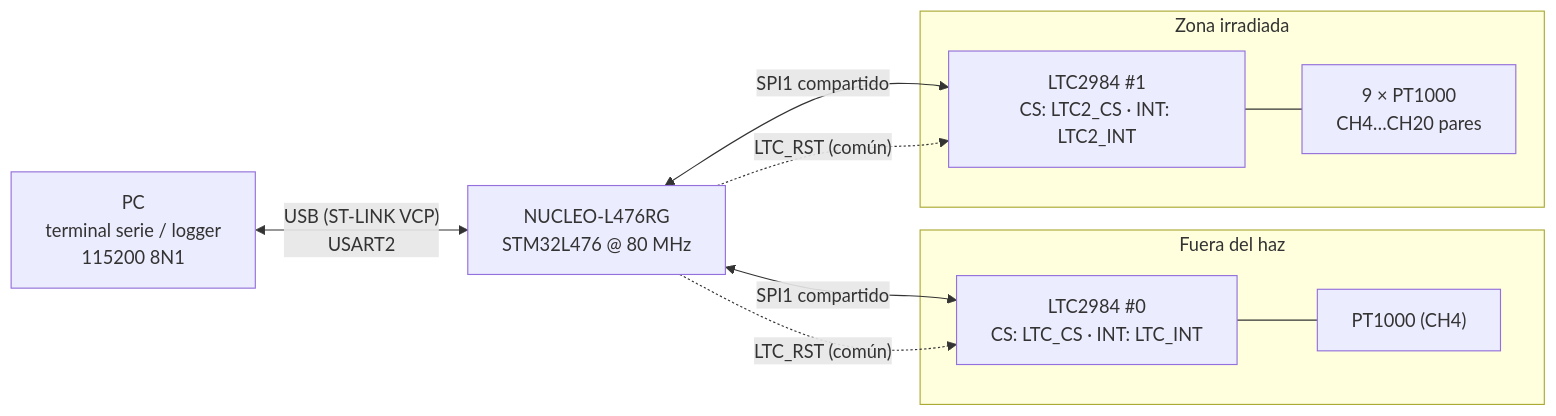
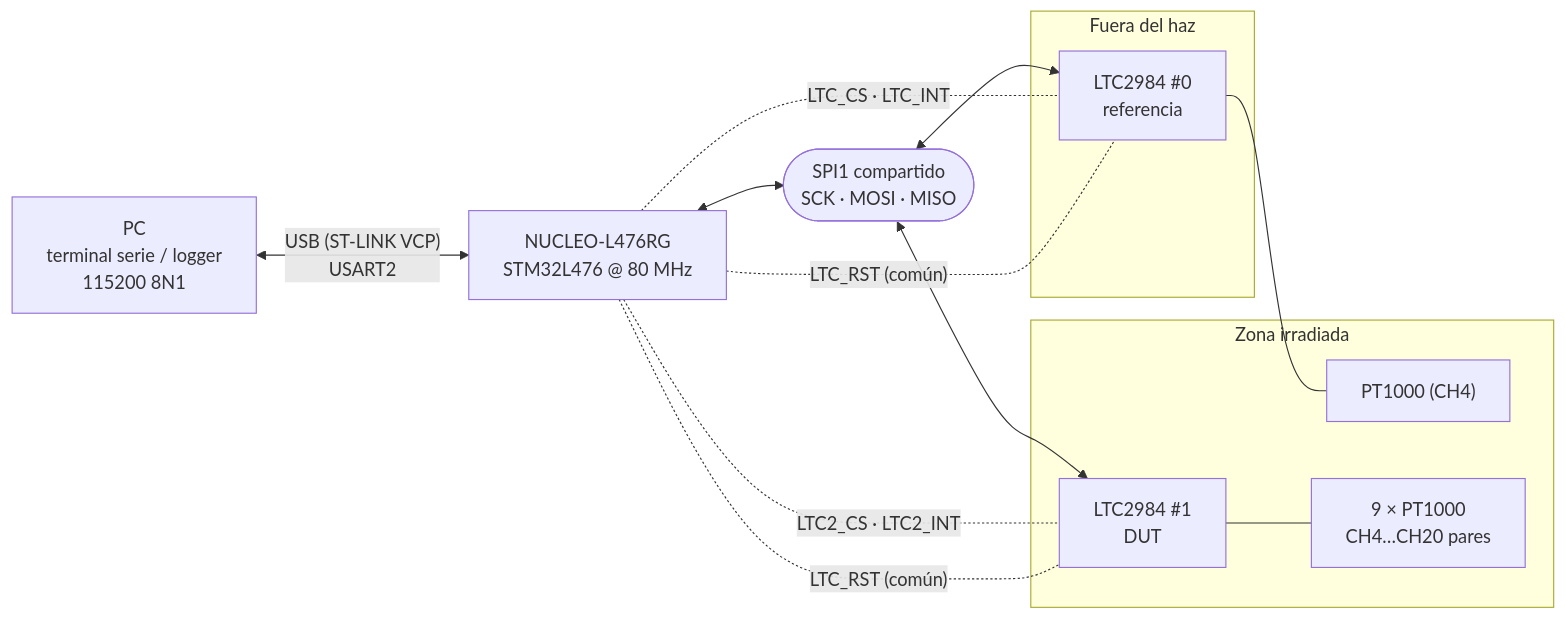
The first of 2 diagrams in README.md (VicenteLizana/PT1000), drawn with Mermaid before and after one commit. The commit also changed other lines of this file, not shown here.

Commit message:
Corregir diagrama de hardware del README
- PT1000 del chip de referencia (CH4) movido a la zona irradiada;
  el LTC2984 #0 queda fuera del haz.
- Bus SPI1 (SCK, MOSI, MISO) dibujado como bloque propio; CS e INT
  por chip y RST común como líneas separadas.
- Tabla inicial aclara que el sensor de referencia está en el haz.

````diff
--- a/README.md
+++ b/README.md
@@ -27,20 +27,24 @@
 ```mermaid
 flowchart LR
     PC["PC<br/>terminal serie / logger<br/>115200 8N1"]
     MCU["NUCLEO-L476RG<br/>STM32L476 @ 80 MHz"]
+    BUS(["SPI1 compartido<br/>SCK · MOSI · MISO"])
     subgraph REF["Fuera del haz"]
-        C0["LTC2984 #0<br/>CS: LTC_CS · INT: LTC_INT"]
-        S0["PT1000 (CH4)"]
+        C0["LTC2984 #0<br/>referencia"]
     end
     subgraph DUT["Zona irradiada"]
-        C1["LTC2984 #1<br/>CS: LTC2_CS · INT: LTC2_INT"]
+        S0["PT1000 (CH4)"]
+        C1["LTC2984 #1<br/>DUT"]
         S1["9 × PT1000<br/>CH4…CH20 pares"]
     end
     PC <-- "USB (ST-LINK VCP)<br/>USART2" --> MCU
-    MCU <-- "SPI1 compartido" --> C0
-    MCU <-- "SPI1 compartido" --> C1
-    MCU -. "LTC_RST (común)" .-> C0
-    MCU -. "LTC_RST (común)" .-> C1
+    MCU <--> BUS
+    BUS <--> C0
+    BUS <--> C1
+    MCU -. "LTC_CS · LTC_INT" .- C0
+    MCU -. "LTC2_CS · LTC2_INT" .- C1
+    MCU -. "LTC_RST (común)" .- C0
+    MCU -. "LTC_RST (común)" .- C1
     C0 --- S0
     C1 --- S1
 ```
````
